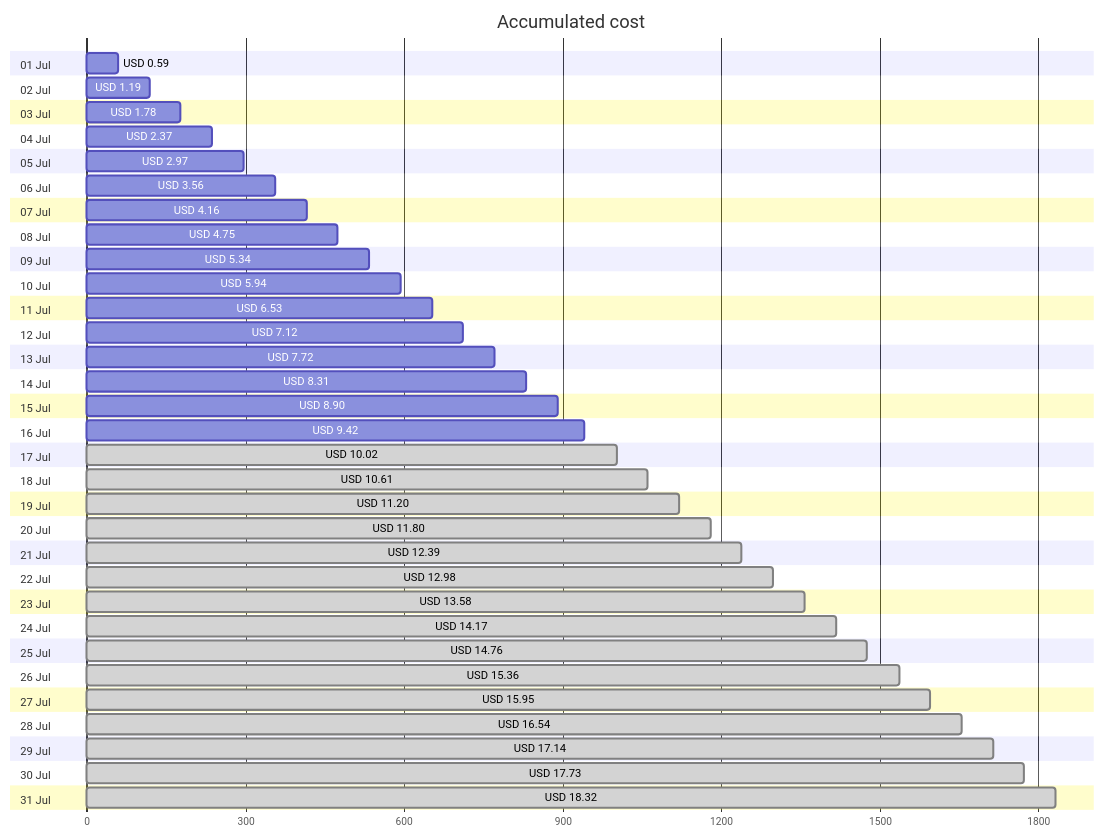
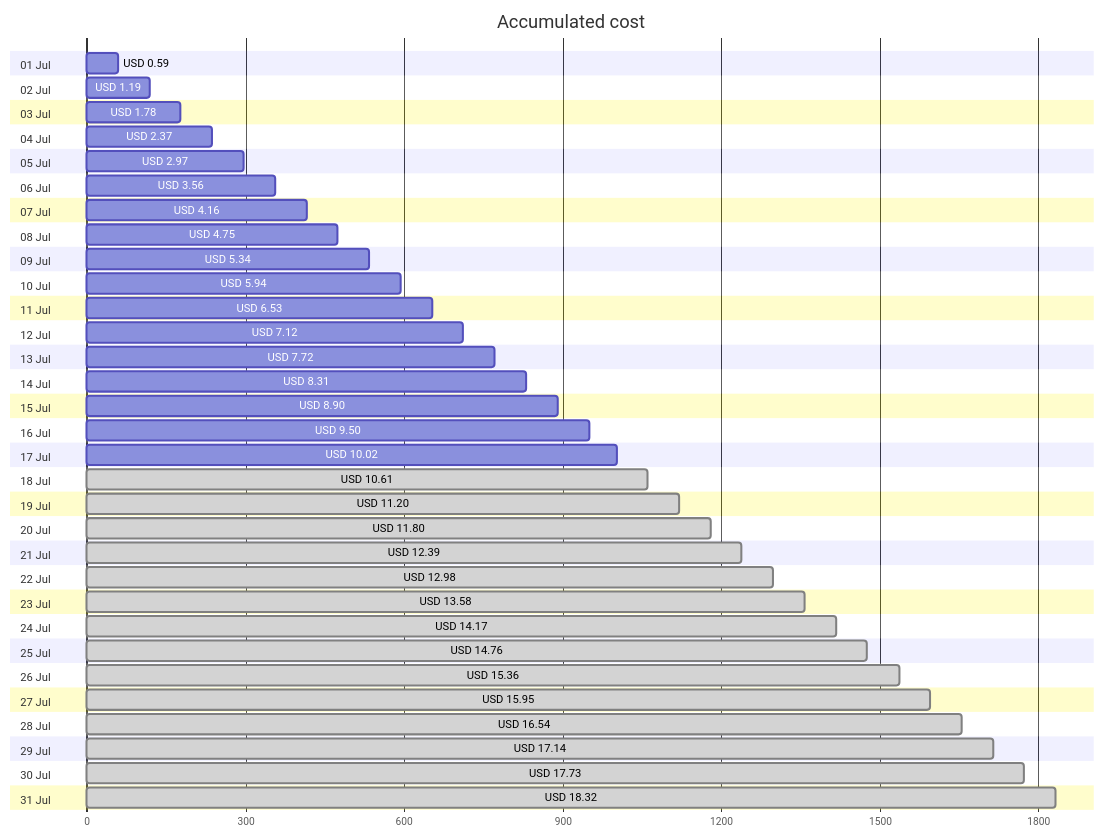
Before and after one commit to jpfulton/azure-personal-reports: the first of 4 diagrams in cost-reports/personal-site/README.md, drawn with Mermaid. The commit also changed other lines of this file and 6 other files, not shown here.

````diff
--- a/cost-reports/personal-site/README.md
+++ b/cost-reports/personal-site/README.md
@@ -20,68 +20,68 @@
 ```mermaid
 gantt
    title Accumulated cost
    dateFormat  X
    axisFormat %s
    section 01 Jul
    USD 0.59 :0, 59
    section 02 Jul
    USD 1.19 :0, 119
    section 03 Jul
    USD 1.78 :0, 178
    section 04 Jul
    USD 2.37 :0, 237
    section 05 Jul
    USD 2.97 :0, 297
    section 06 Jul
    USD 3.56 :0, 356
    section 07 Jul
    USD 4.16 :0, 416
    section 08 Jul
    USD 4.75 :0, 475
    section 09 Jul
    USD 5.34 :0, 534
    section 10 Jul
    USD 5.94 :0, 594
    section 11 Jul
    USD 6.53 :0, 653
    section 12 Jul
    USD 7.12 :0, 712
    section 13 Jul
    USD 7.72 :0, 772
    section 14 Jul
    USD 8.31 :0, 831
    section 15 Jul
    USD 8.90 :0, 890
    section 16 Jul
-   USD 9.42 :0, 942
+   USD 9.50 :0, 950
    section 17 Jul
-   USD 10.02 : done, 0, 1002
+   USD 10.02 :0, 1002
    section 18 Jul
    USD 10.61 : done, 0, 1061
    section 19 Jul
    USD 11.20 : done, 0, 1120
    section 20 Jul
    USD 11.80 : done, 0, 1180
    section 21 Jul
    USD 12.39 : done, 0, 1239
    section 22 Jul
    USD 12.98 : done, 0, 1298
    section 23 Jul
    USD 13.58 : done, 0, 1358
    section 24 Jul
    USD 14.17 : done, 0, 1417
    section 25 Jul
    USD 14.76 : done, 0, 1476
    section 26 Jul
    USD 15.36 : done, 0, 1536
    section 27 Jul
    USD 15.95 : done, 0, 1595
    section 28 Jul
    USD 16.54 : done, 0, 1654
    section 29 Jul
    USD 17.14 : done, 0, 1714
    section 30 Jul
    USD 17.73 : done, 0, 1773
    section 31 Jul
    USD 18.32 : done, 0, 1832
 ```
````
